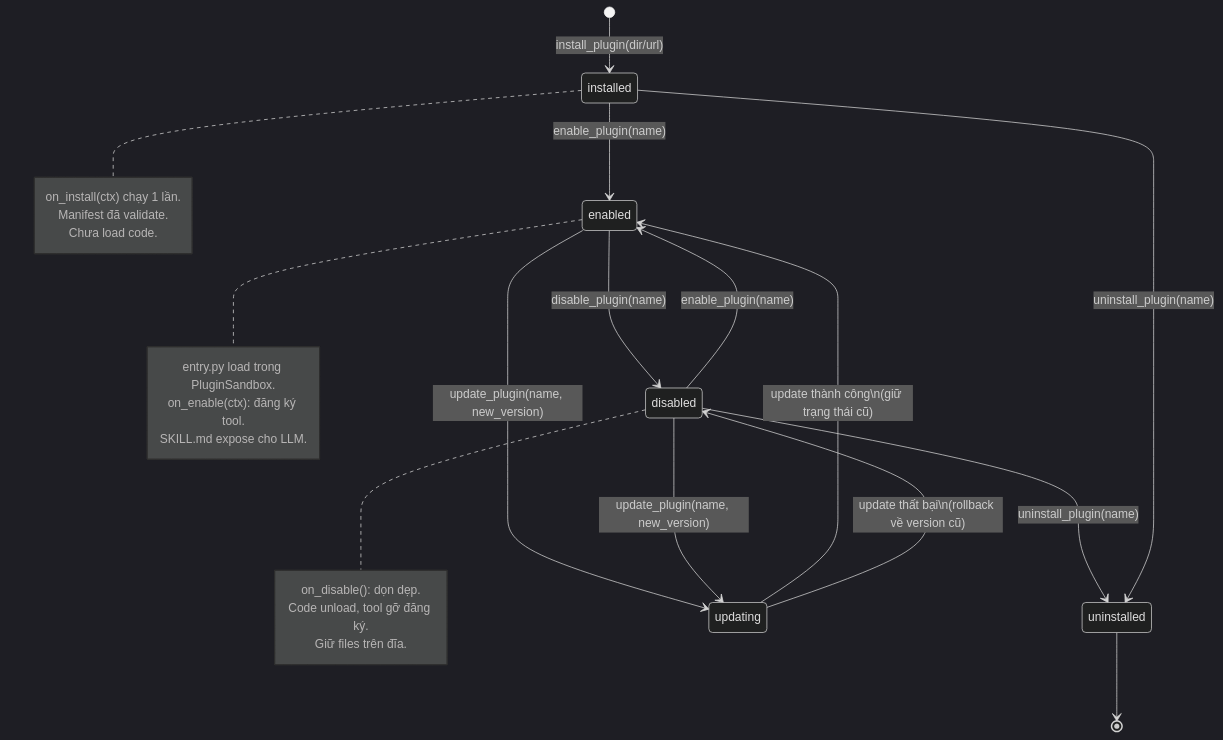
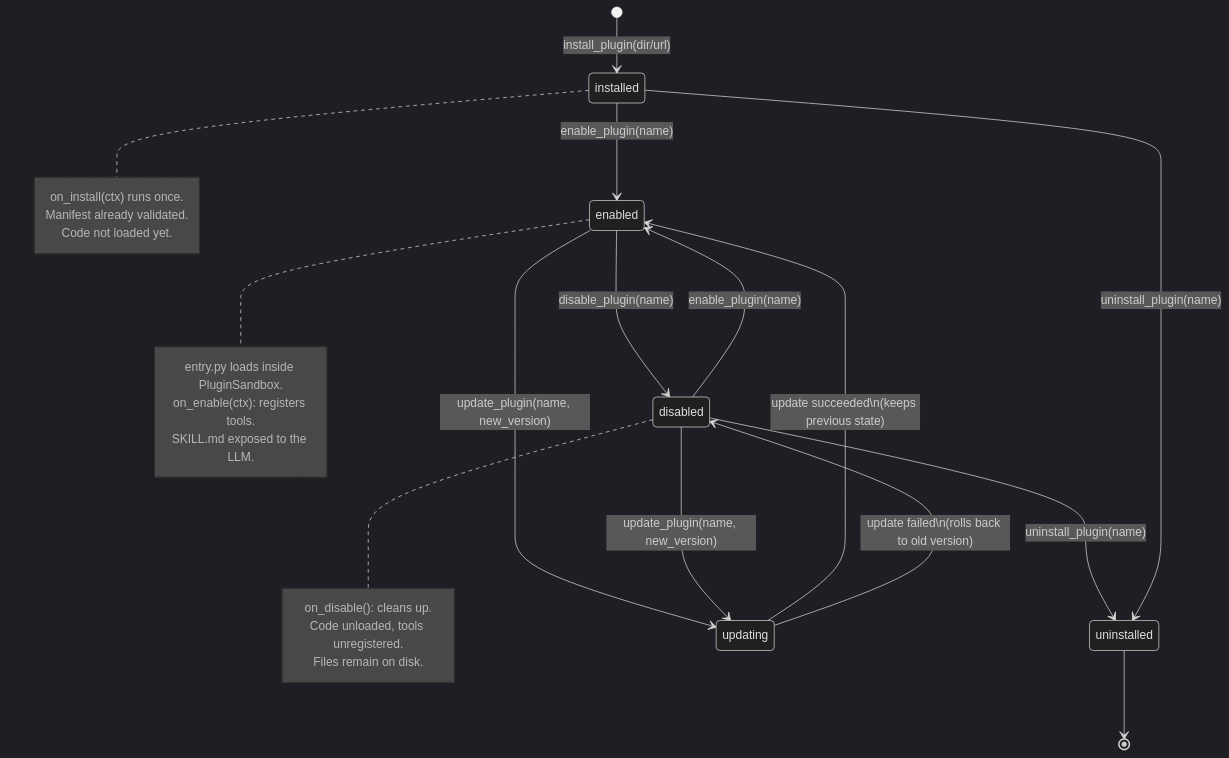
One commit to TheOwlOps/Boom changed the diagram in docs/PLUGINS.md. Above: the diagram before and after it, drawn with Mermaid (dark theme). The commit also changed other lines of this file and 133 other files, not shown here.

````diff
--- a/docs/PLUGINS.md
+++ b/docs/PLUGINS.md
@@ -172,30 +164,30 @@
 ```mermaid
 stateDiagram-v2
     [*] --> installed: install_plugin(dir/url)
     installed --> enabled: enable_plugin(name)
     enabled --> disabled: disable_plugin(name)
     disabled --> enabled: enable_plugin(name)
     disabled --> uninstalled: uninstall_plugin(name)
     installed --> uninstalled: uninstall_plugin(name)
     enabled --> updating: update_plugin(name, new_version)
     disabled --> updating: update_plugin(name, new_version)
-    updating --> enabled: update thành công\n(giữ trạng thái cũ)
-    updating --> disabled: update thất bại\n(rollback về version cũ)
+    updating --> enabled: update succeeded\n(keeps previous state)
+    updating --> disabled: update failed\n(rolls back to old version)
     uninstalled --> [*]
 
     note right of installed
-        on_install(ctx) chạy 1 lần.
-        Manifest đã validate.
-        Chưa load code.
+        on_install(ctx) runs once.
+        Manifest already validated.
+        Code not loaded yet.
     end note
     note right of enabled
-        entry.py load trong PluginSandbox.
-        on_enable(ctx): đăng ký tool.
-        SKILL.md expose cho LLM.
+        entry.py loads inside PluginSandbox.
+        on_enable(ctx): registers tools.
+        SKILL.md exposed to the LLM.
     end note
     note right of disabled
-        on_disable(): dọn dẹp.
-        Code unload, tool gỡ đăng ký.
-        Giữ files trên đĩa.
+        on_disable(): cleans up.
+        Code unloaded, tools unregistered.
+        Files remain on disk.
     end note
 ```
````
